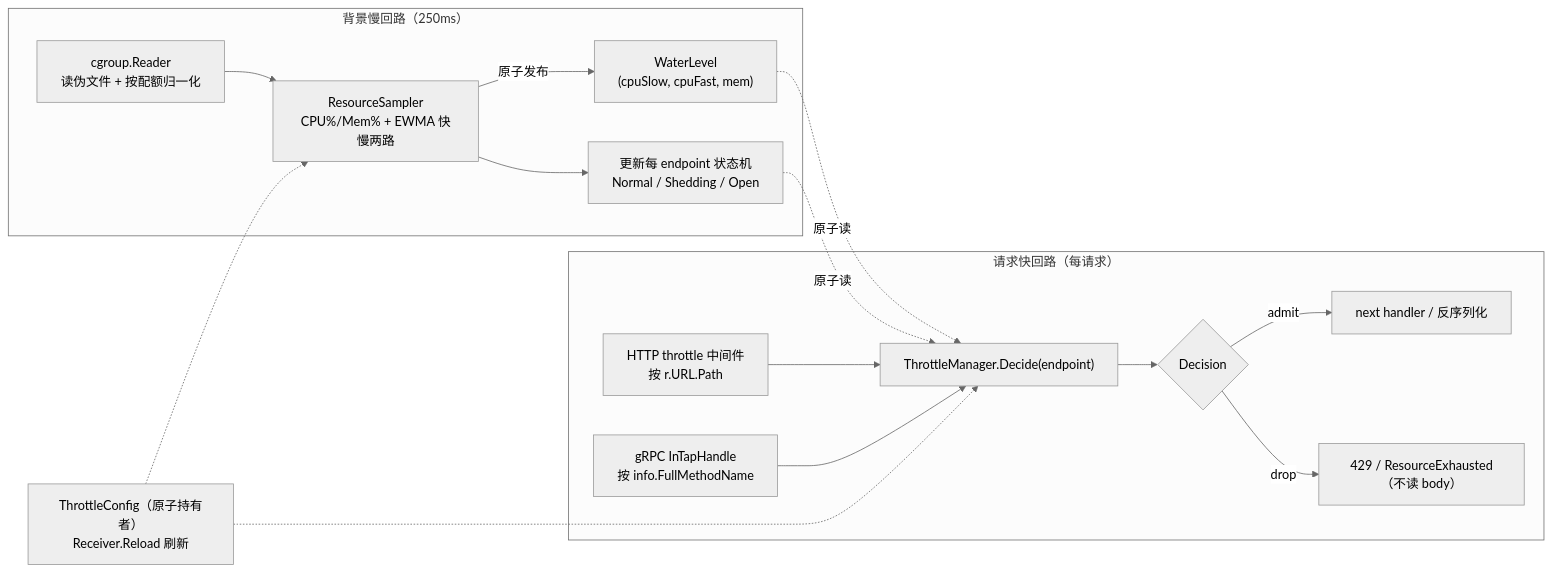
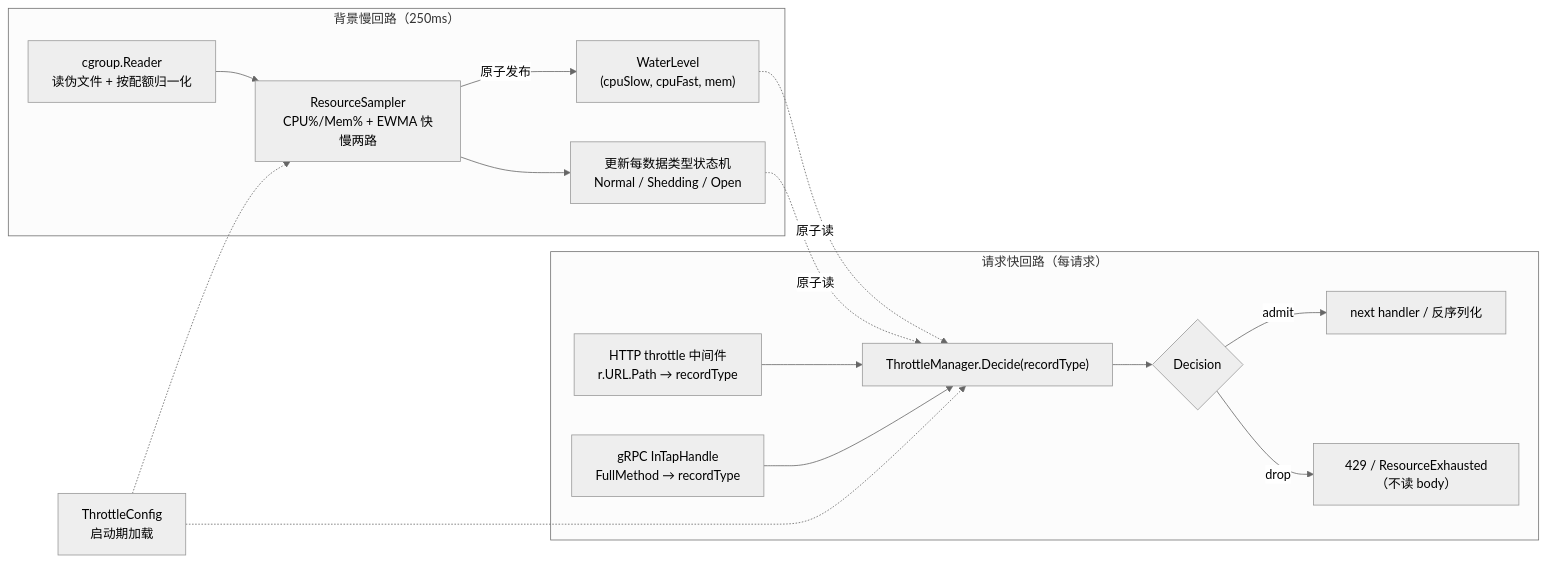
Before and after one commit to ZhuoZhuoCrayon/ai-workspace: the first of 2 diagrams in knowledge/bkmonitor-datalink/issues/2026-06-10-collector-adaptive-throttling/PLAN.md, drawn with Mermaid (neutral theme). The commit also changed other lines of this file and 4 other files, not shown here.

````diff
--- a/knowledge/bkmonitor-datalink/issues/2026-06-10-collector-adaptive-throttling/PLAN.md
+++ b/knowledge/bkmonitor-datalink/issues/2026-06-10-collector-adaptive-throttling/PLAN.md
@@ -88,19 +96,19 @@
 ```mermaid
 flowchart LR
     subgraph BG["背景慢回路（250ms）"]
         CG["cgroup.Reader<br/>读伪文件 + 按配额归一化"] --> S["ResourceSampler<br/>CPU%/Mem% + EWMA 快慢两路"]
         S -->|原子发布| WL["WaterLevel<br/>(cpuSlow, cpuFast, mem)"]
-        S --> ST["更新每 endpoint 状态机<br/>Normal / Shedding / Open"]
+        S --> ST["更新每数据类型状态机<br/>Normal / Shedding / Open"]
     end
     subgraph REQ["请求快回路（每请求）"]
-        HTTP["HTTP throttle 中间件<br/>按 r.URL.Path"] --> M["ThrottleManager.Decide(endpoint)"]
-        GRPC["gRPC InTapHandle<br/>按 info.FullMethodName"] --> M
+        HTTP["HTTP throttle 中间件<br/>r.URL.Path → recordType"] --> M["ThrottleManager.Decide(recordType)"]
+        GRPC["gRPC InTapHandle<br/>FullMethod → recordType"] --> M
         M --> D{"Decision"}
         D -->|admit| NEXT["next handler / 反序列化"]
         D -->|drop| REJ["429 / ResourceExhausted（不读 body）"]
     end
     WL -.原子读.-> M
     ST -.原子读.-> M
-    CFG["ThrottleConfig（原子持有者）<br/>Receiver.Reload 刷新"] -.-> S
+    CFG["ThrottleConfig<br/>启动期加载"] -.-> S
     CFG -.-> M
 ```
````
